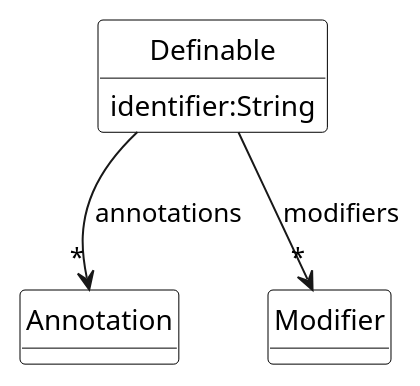
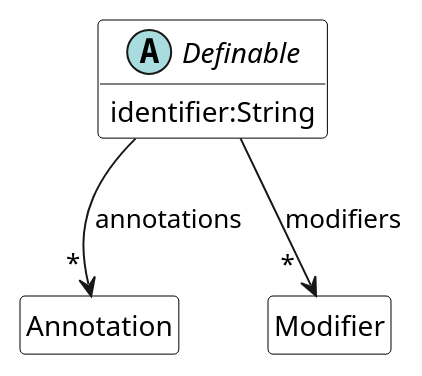
The diagram in scala-meta-model/sub/definable.meta.puml (tizuck/scala-uml-diagrams), drawn with PlantUML before and after one commit. The commit also changed 5 other files, not shown here.

```diff
--- a/scala-meta-model/sub/definable.meta.puml
+++ b/scala-meta-model/sub/definable.meta.puml
@@ -1,18 +1,19 @@
 @startuml Defineable 
-class Definable {
+abstract class Definable {
     identifier:String
 }
 
-Definable --> "*" Annotation : annotations 
-Definable --> "*" Modifier : modifiers
+Definable --> "    \n*" Annotation : annotations 
+Definable --> "      \n*" Modifier : modifiers
 
 hide class circle
-hide class methods
+hide class members
+hide Definable methods
 
 skinparam class {
     BackgroundColor White
     ArrowColor Black
     BorderColor Black
 }
 
 @enduml 
```
